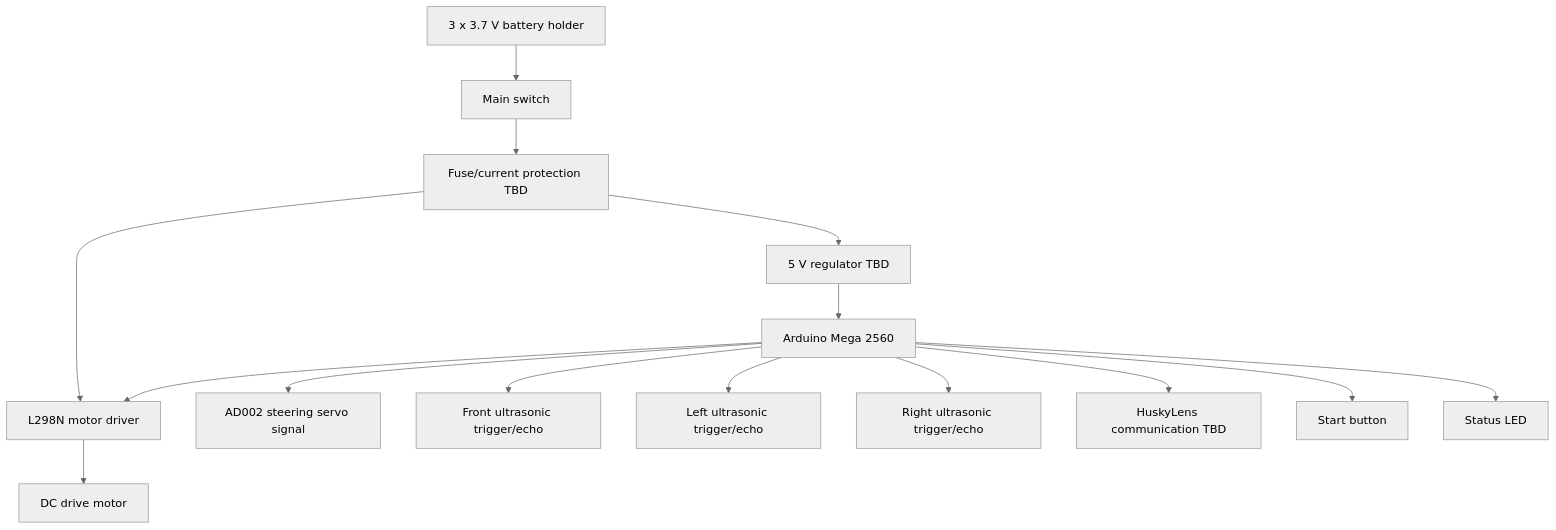
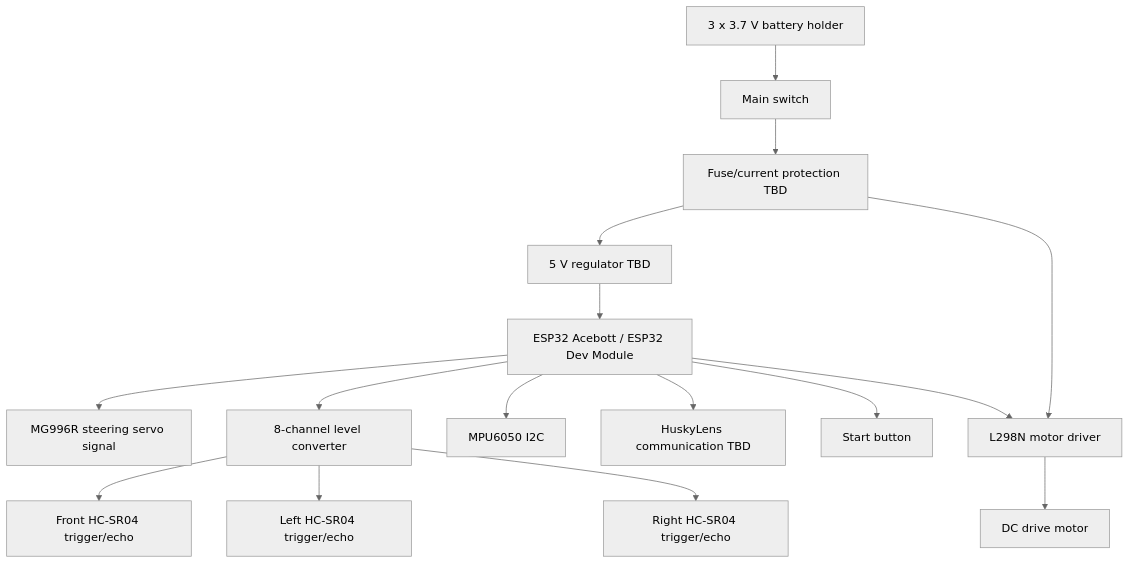
One commit to Yamilgmr/SKRobotics_WRO2026 changed the diagram in schemes/electromechanical_overview.md. Above: the diagram before and after it, drawn with Mermaid (neutral theme). The commit also changed other lines of this file and 25 other files, not shown here.

````diff
--- a/schemes/electromechanical_overview.md
+++ b/schemes/electromechanical_overview.md
@@ -5,17 +5,18 @@
 ```mermaid
 flowchart TD
     BAT["3 x 3.7 V battery holder"] --> SW["Main switch"]
     SW --> PROT["Fuse/current protection TBD"]
     PROT --> REG["5 V regulator TBD"]
     PROT --> DRV["L298N motor driver"]
-    REG --> MEGA["Arduino Mega 2560"]
-    MEGA --> SERVO["AD002 steering servo signal"]
-    MEGA --> USF["Front ultrasonic trigger/echo"]
-    MEGA --> USL["Left ultrasonic trigger/echo"]
-    MEGA --> USR["Right ultrasonic trigger/echo"]
-    MEGA --> CAM["HuskyLens communication TBD"]
-    MEGA --> BTN["Start button"]
-    MEGA --> LED["Status LED"]
-    MEGA --> DRV
+    REG --> ESP["ESP32 Acebott / ESP32 Dev Module"]
+    ESP --> SERVO["MG996R steering servo signal"]
+    ESP --> LVL["8-channel level converter"]
+    LVL --> USF["Front HC-SR04 trigger/echo"]
+    LVL --> USL["Left HC-SR04 trigger/echo"]
+    LVL --> USR["Right HC-SR04 trigger/echo"]
+    ESP --> IMU["MPU6050 I2C"]
+    ESP --> CAM["HuskyLens communication TBD"]
+    ESP --> BTN["Start button"]
+    ESP --> DRV
     DRV --> MOTOR["DC drive motor"]
 ```
````
